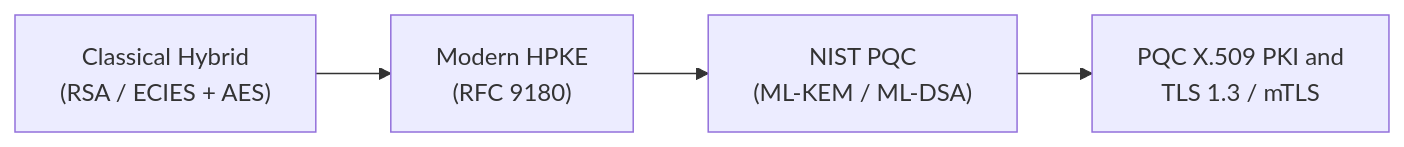
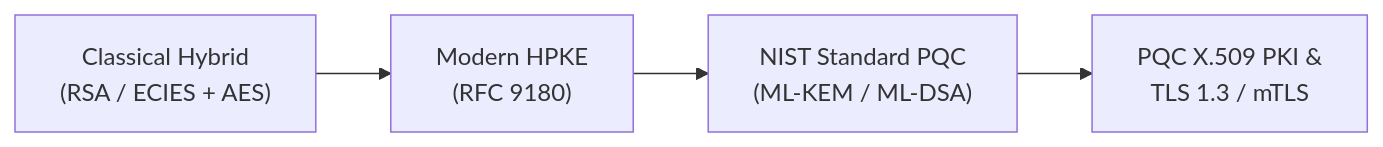
One commit to auking45/applied-pqc-lab changed the diagram in docs/en/index.md. Above: the diagram before and after it, drawn with Mermaid. The commit also changed other lines of this file and 20 other files, not shown here.

````diff
--- a/docs/en/index.md
+++ b/docs/en/index.md
@@ -9,6 +9,6 @@
 ```mermaid
 flowchart LR
     A["Classical Hybrid<br>(RSA / ECIES + AES)"] --> B["Modern HPKE<br>(RFC 9180)"]
-    B --> C["NIST PQC<br>(ML-KEM / ML-DSA)"]
-    C --> D["PQC X.509 PKI and<br>TLS 1.3 / mTLS"]
+    B --> C["NIST Standard PQC<br>(ML-KEM / ML-DSA)"]
+    C --> D["PQC X.509 PKI &<br>TLS 1.3 / mTLS"]
 ```
````
